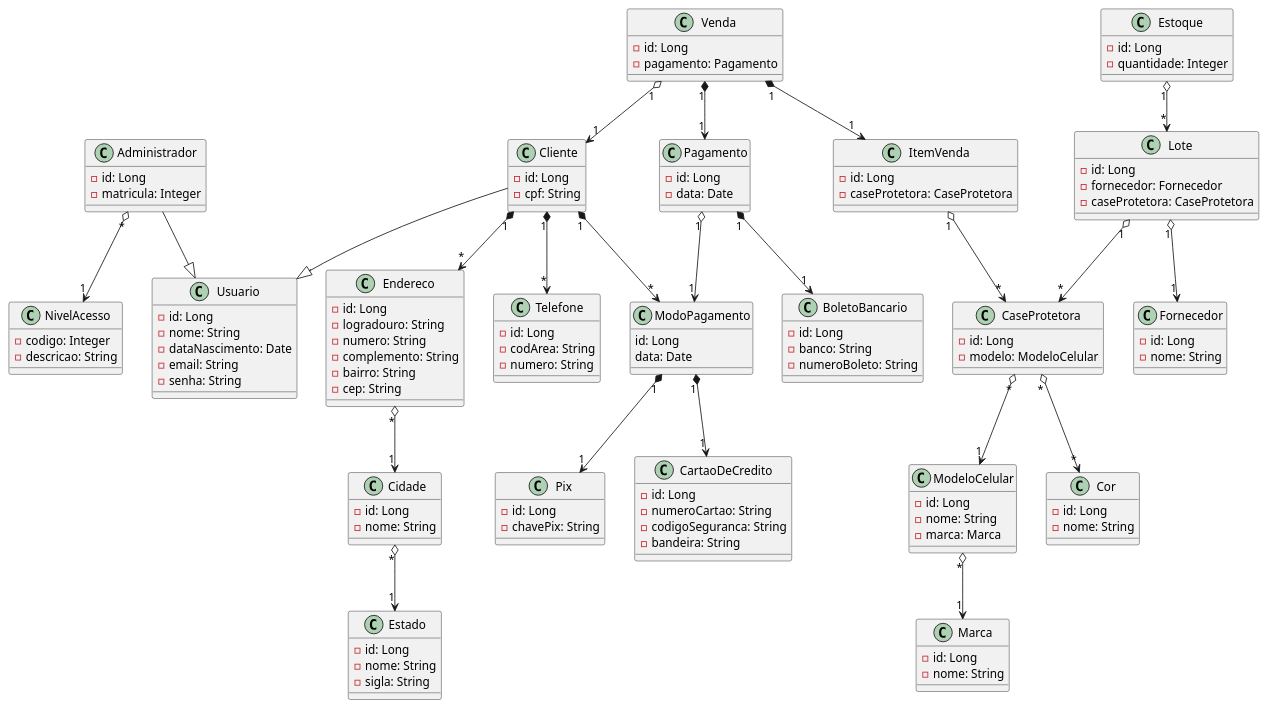
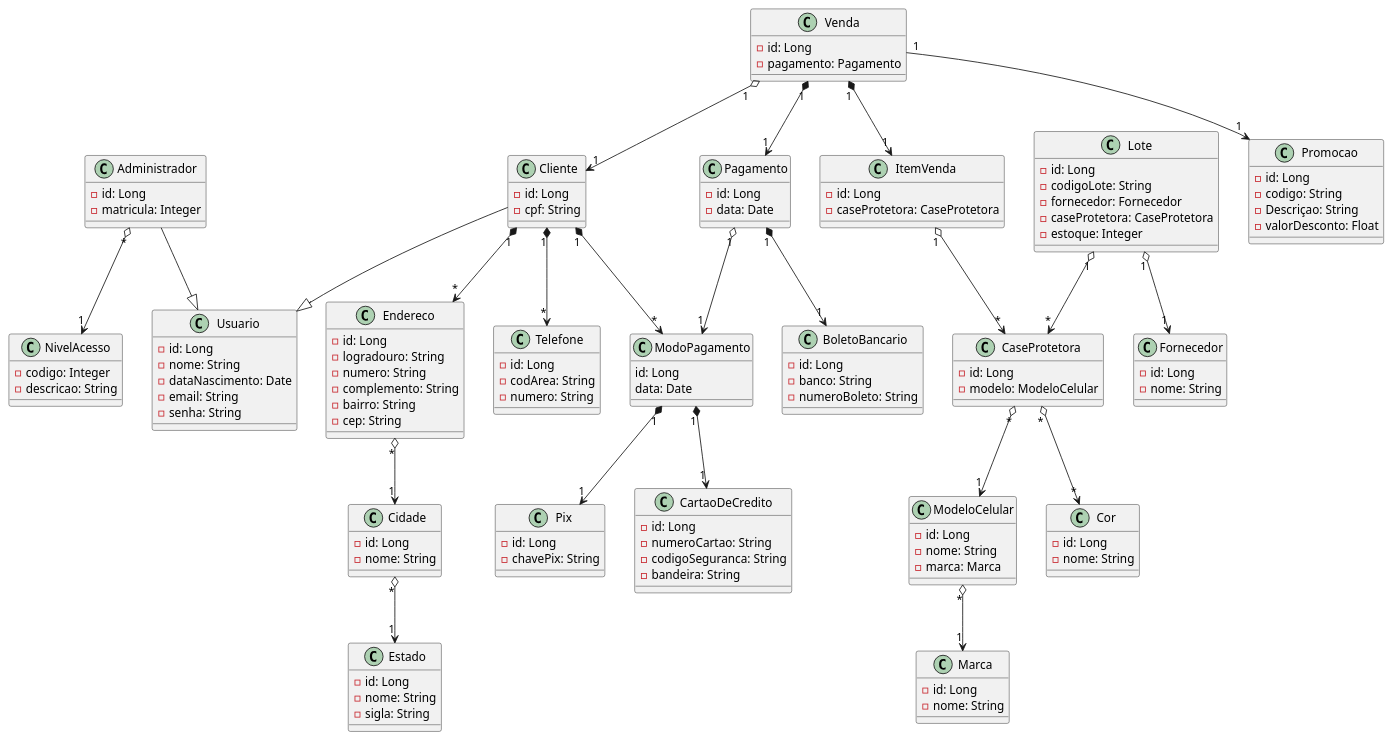
Before and after one commit to VictorAlvesD/CASEFY: the diagram in src/main/resources/casefy.plantuml, drawn with PlantUML. The commit also changed 1 other file, not shown here.

Commit message:
Correção da UML

```diff
--- a/src/main/resources/casefy.plantuml
+++ b/src/main/resources/casefy.plantuml
@@ -1,155 +1,159 @@
 class Usuario {
     - id: Long
     - nome: String
     - dataNascimento: Date
     - email: String
     - senha: String
 }
 
 class Administrador {
     - id: Long
     - matricula: Integer
 }
 
 class Cliente {
     - id: Long
     - cpf: String
 }
 
 class NivelAcesso {
     - codigo: Integer
     - descricao: String
 }
 
 class Endereco {
     - id: Long
     - logradouro: String
     - numero: String
     - complemento: String
     - bairro: String
     - cep: String
 }
 
 class Telefone {
     - id: Long
     - codArea: String
     - numero: String
 }
 
 class Cidade {
     - id: Long
     - nome: String
 }
 
 class Estado {
     - id: Long
     - nome: String
     - sigla: String
 }
 
 class Marca {
     - id: Long
     - nome: String
 }
 
 class ModeloCelular {
     - id: Long
     - nome: String
     - marca: Marca
 }
 
 class CaseProtetora {
     - id: Long
     - modelo: ModeloCelular
 }
 
 class Cor {
     - id: Long
     - nome: String
 }
 
 class Lote {
     - id: Long
+    - codigoLote: String
     - fornecedor: Fornecedor
     - caseProtetora: CaseProtetora
+    - estoque: Integer
 }
 
 class Fornecedor {
     - id: Long
     - nome: String
-}
-
-class Estoque {
-    - id: Long
-    - quantidade: Integer
 }
 
 class ItemVenda {
     - id: Long
     - caseProtetora: CaseProtetora
 }
 
 class Venda {
     - id: Long
     - pagamento: Pagamento
 }
 
 class Pagamento {
     - id: Long
     - data: Date
 }
 
 class Pix {
     - id: Long
     - chavePix: String
 }
 
 class CartaoDeCredito {
     - id: Long
     - numeroCartao: String
     - codigoSeguranca: String
     - bandeira: String
 }
 
 class BoletoBancario {
     - id: Long
     - banco: String
     - numeroBoleto: String
 }
 
 class ModoPagamento{
     id: Long
     data: Date
 }
 
+class Promocao{
+    - id: Long
+    - codigo: String
+    - Descriçao: String
+    - valorDesconto: Float
+}
+
 Administrador --|> Usuario
 Administrador "*" o--> "1" NivelAcesso
 
 Cliente --|> Usuario
 Cliente "1" *--> "*" Endereco
 Cliente "1" *--> "*" Telefone
 Cliente "1" *--> "*" ModoPagamento
 
 Endereco "*" o--> "1" Cidade
 Cidade "*" o--> "1" Estado
 
 ModeloCelular "*" o--> "1" Marca
 
 CaseProtetora "*" o--> "1" ModeloCelular
 CaseProtetora "*" o--> "*" Cor
 
 Lote "1" o--> "1" Fornecedor
 Lote "1" o--> "*" CaseProtetora
 
-Estoque "1" o--> "*" Lote
-
 ItemVenda "1" o--> "*" CaseProtetora
 Venda "1" *--> "1" ItemVenda
 Venda "1" *--> "1" Pagamento
 
 Venda "1" o--> "1" Cliente
 
 Pagamento "1" o--> "1" ModoPagamento
 ModoPagamento "1" *--> "1" Pix
 ModoPagamento "1" *--> "1" CartaoDeCredito
 Pagamento "1" *--> "1" BoletoBancario
+
+Venda "1" --> "1" Promocao
```
